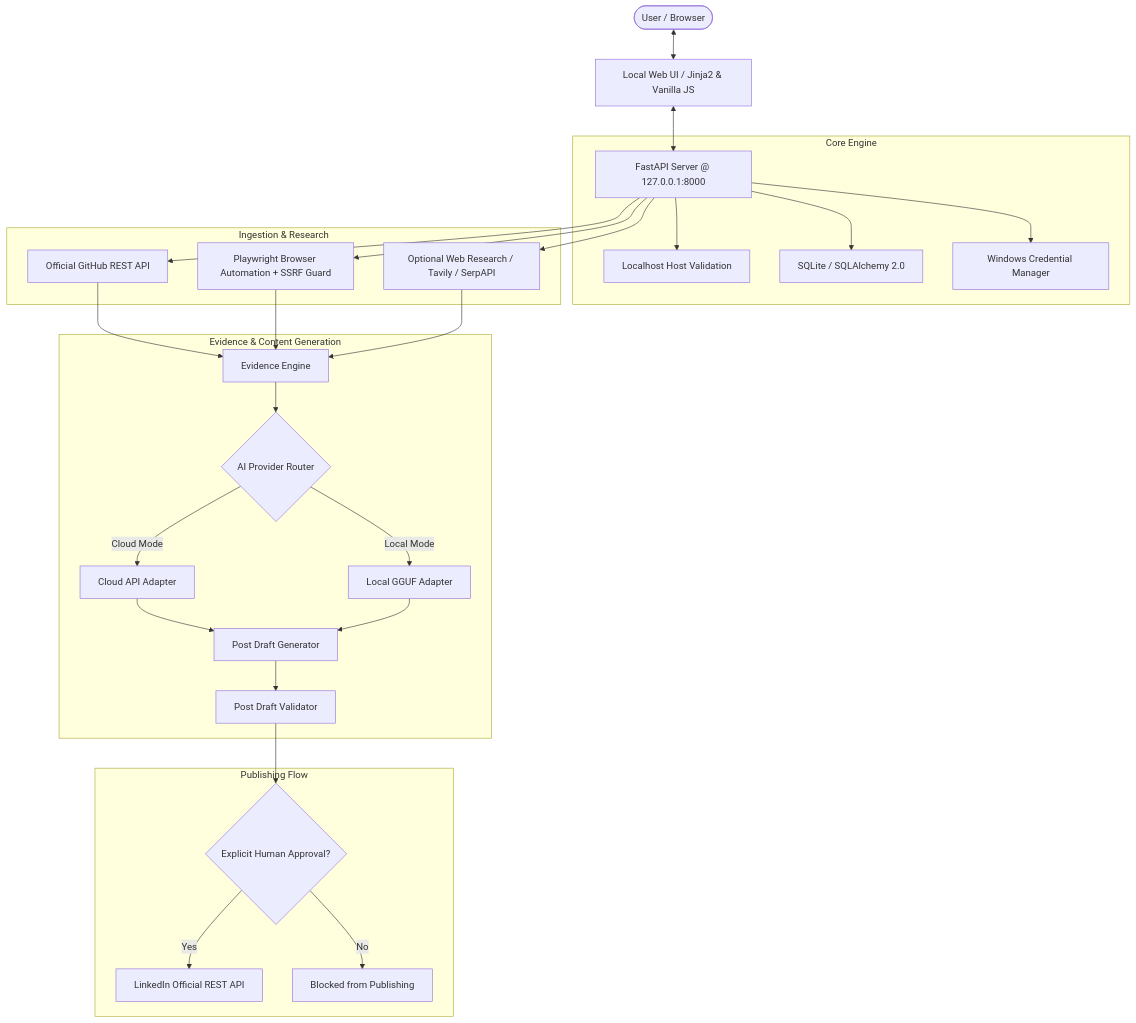
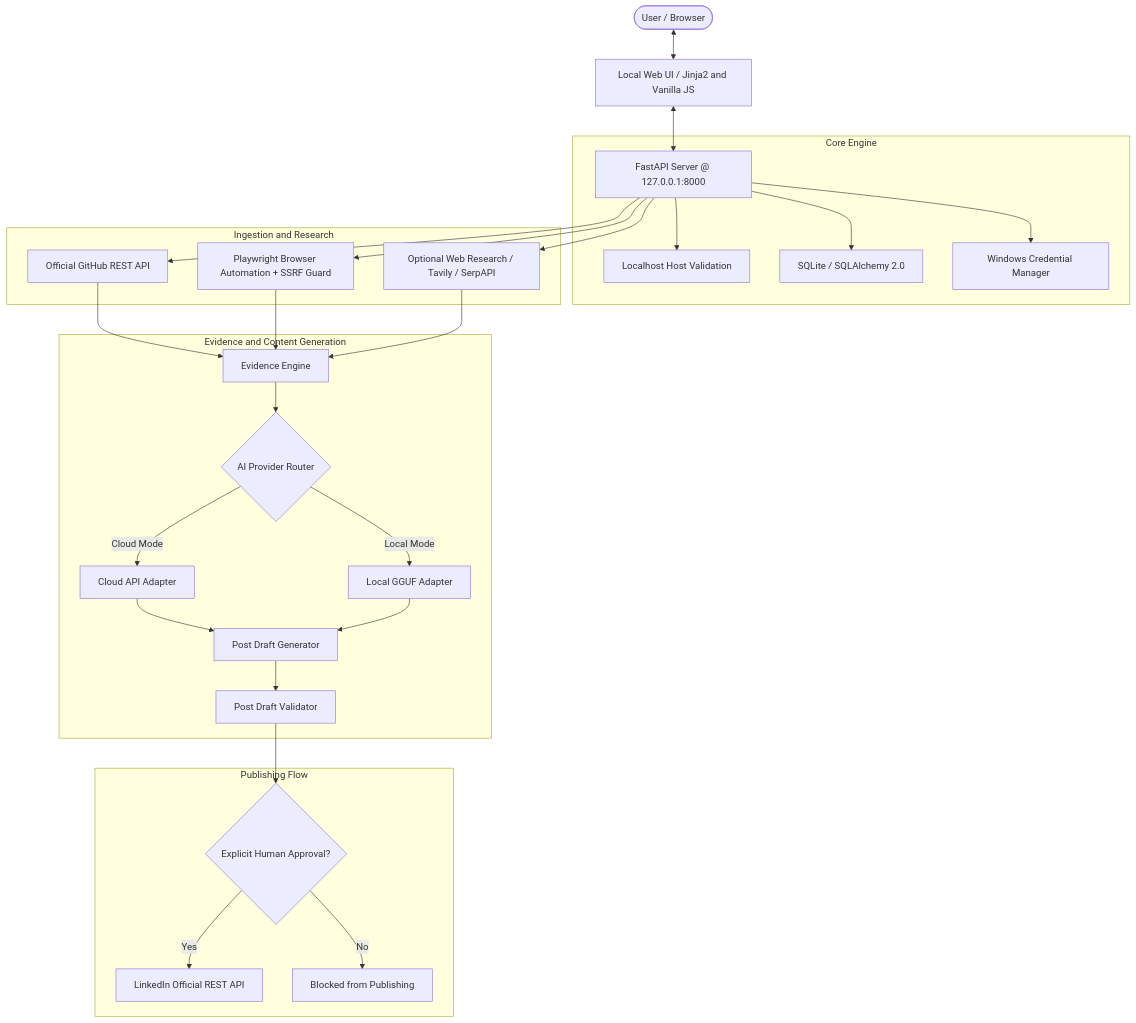
One commit to gosaiyash/Build2Buzz changed the diagram in README.md. Above: the diagram before and after it, drawn with Mermaid. The commit also changed other lines of this file and 26 other files, not shown here.

````diff
--- a/README.md
+++ b/README.md
@@ -21,35 +70,35 @@
 ```mermaid
 graph TD
-    User([User / Browser]) <--> UI[Local Web UI / Jinja2 & Vanilla JS]
+    User([User / Browser]) <--> UI[Local Web UI / Jinja2 and Vanilla JS]
     UI <--> FastAPI[FastAPI Server @ 127.0.0.1:8000]
     
     subgraph Core Engine
         FastAPI --> AuthMiddleware[Localhost Host Validation]
         FastAPI --> ProjRepo[SQLite / SQLAlchemy 2.0]
         FastAPI --> Keyring[Windows Credential Manager]
     end
 
-    subgraph Ingestion & Research
+    subgraph Ingestion and Research
         FastAPI --> GH[Official GitHub REST API]
         FastAPI --> Demo[Playwright Browser Automation + SSRF Guard]
         FastAPI --> Web[Optional Web Research / Tavily / SerpAPI]
     end
 
-    subgraph Evidence & Content Generation
+    subgraph Evidence and Content Generation
         GH --> EvEngine[Evidence Engine]
         Demo --> EvEngine
         Web --> EvEngine
         EvEngine --> Router{AI Provider Router}
         Router -->|Cloud Mode| CloudAPI[Cloud API Adapter]
         Router -->|Local Mode| LocalLLM[Local GGUF Adapter]
         CloudAPI --> Draft[Post Draft Generator]
         LocalLLM --> Draft
         Draft --> Validator[Post Draft Validator]
     end
 
     subgraph Publishing Flow
         Validator --> Approval{Explicit Human Approval?}
         Approval -->|Yes| LinkedIn[LinkedIn Official REST API]
         Approval -->|No| Reject[Blocked from Publishing]
     end
 ```
````
